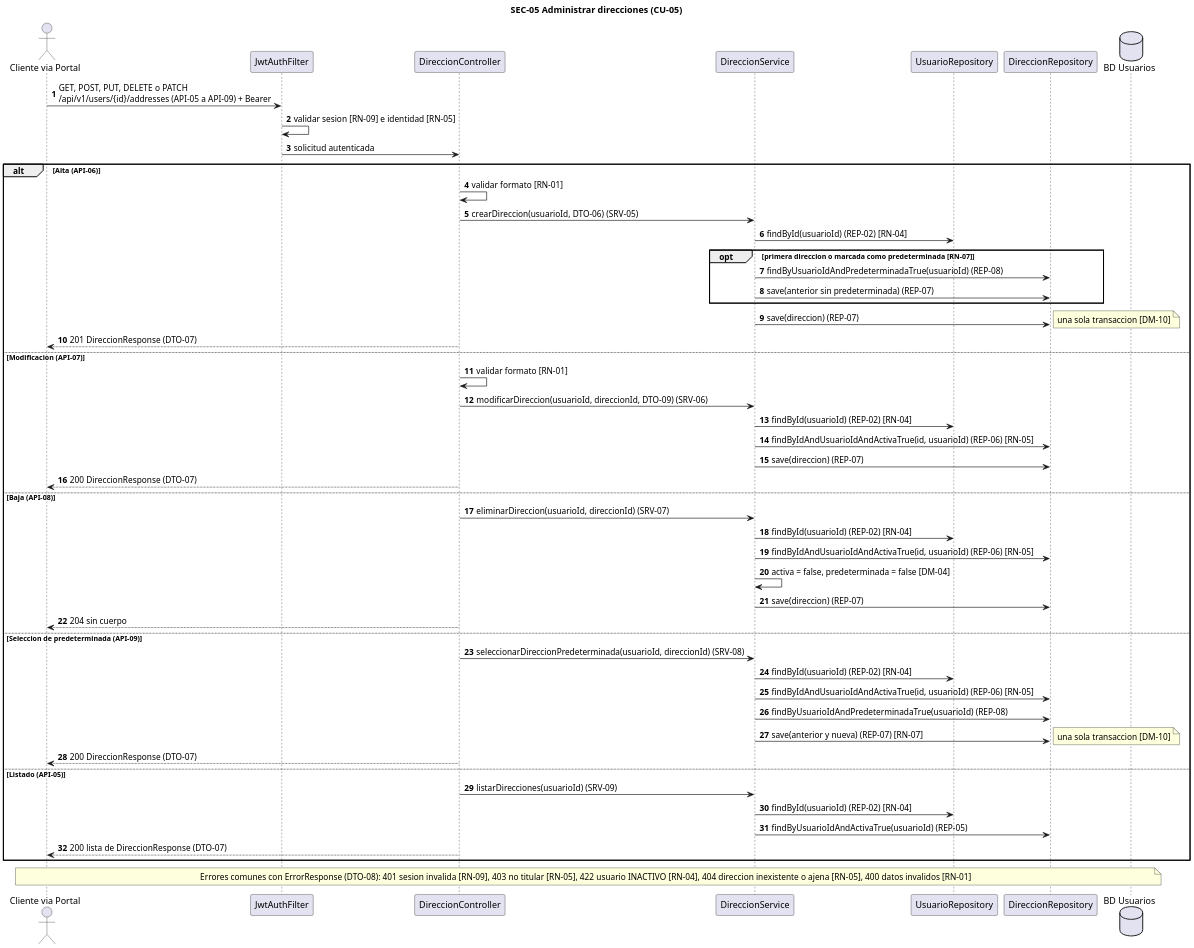
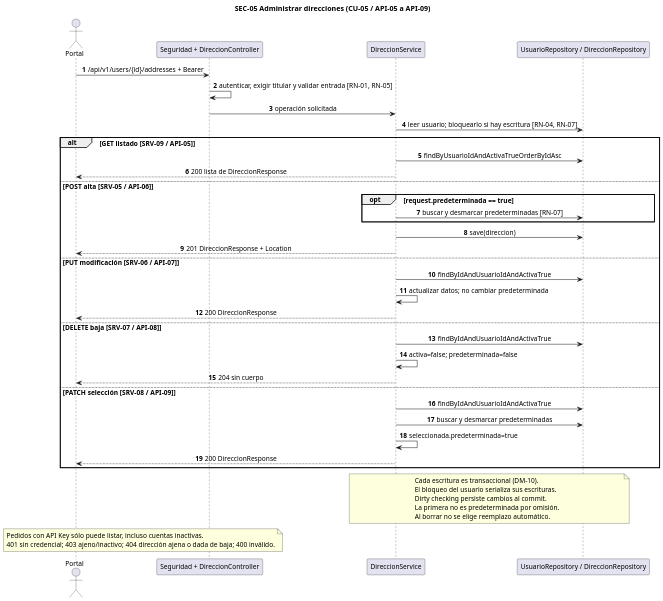
The diagram in doc/Diagramas/SEC-05.puml (CarlaGorgal2002/deliverygo-usuarios-auth), drawn with PlantUML before and after one commit. The commit also changed 50 other files, not shown here.

Commit message:
docs: completar entrega con Postman, diagramas e integraciones verificadas

```diff
--- a/doc/Diagramas/SEC-05.puml
+++ b/doc/Diagramas/SEC-05.puml
@@ -1,55 +1,42 @@
 @startuml SEC-05
-skinparam dpi 170
-title SEC-05 Administrar direcciones (CU-05)
+skinparam dpi 135
+skinparam shadowing false
+skinparam defaultFontName Arial
+skinparam defaultFontSize 13
+skinparam sequenceMessageAlign center
+title SEC-05 Administrar direcciones (CU-05 / API-05 a API-09)
 autonumber
-actor "Cliente via Portal" as Cliente
-participant "JwtAuthFilter" as Sec
-participant "DireccionController" as Ctrl
-participant "DireccionService" as Srv
-participant "UsuarioRepository" as RepU
-participant "DireccionRepository" as RepD
-database "BD Usuarios" as BD
-Cliente -> Sec : GET, POST, PUT, DELETE o PATCH\n/api/v1/users/{id}/addresses (API-05 a API-09) + Bearer
-Sec -> Sec : validar sesion [RN-09] e identidad [RN-05]
-Sec -> Ctrl : solicitud autenticada
-alt Alta (API-06)
-  Ctrl -> Ctrl : validar formato [RN-01]
-  Ctrl -> Srv : crearDireccion(usuarioId, DTO-06) (SRV-05)
-  Srv -> RepU : findById(usuarioId) (REP-02) [RN-04]
-  opt primera direccion o marcada como predeterminada [RN-07]
-    Srv -> RepD : findByUsuarioIdAndPredeterminadaTrue(usuarioId) (REP-08)
-    Srv -> RepD : save(anterior sin predeterminada) (REP-07)
-  end
-  Srv -> RepD : save(direccion) (REP-07)
-  note right : una sola transaccion [DM-10]
-  Ctrl --> Cliente : 201 DireccionResponse (DTO-07)
-else Modificacion (API-07)
-  Ctrl -> Ctrl : validar formato [RN-01]
-  Ctrl -> Srv : modificarDireccion(usuarioId, direccionId, DTO-09) (SRV-06)
-  Srv -> RepU : findById(usuarioId) (REP-02) [RN-04]
-  Srv -> RepD : findByIdAndUsuarioIdAndActivaTrue(id, usuarioId) (REP-06) [RN-05]
-  Srv -> RepD : save(direccion) (REP-07)
-  Ctrl --> Cliente : 200 DireccionResponse (DTO-07)
-else Baja (API-08)
-  Ctrl -> Srv : eliminarDireccion(usuarioId, direccionId) (SRV-07)
-  Srv -> RepU : findById(usuarioId) (REP-02) [RN-04]
-  Srv -> RepD : findByIdAndUsuarioIdAndActivaTrue(id, usuarioId) (REP-06) [RN-05]
-  Srv -> Srv : activa = false, predeterminada = false [DM-04]
-  Srv -> RepD : save(direccion) (REP-07)
-  Ctrl --> Cliente : 204 sin cuerpo
-else Seleccion de predeterminada (API-09)
-  Ctrl -> Srv : seleccionarDireccionPredeterminada(usuarioId, direccionId) (SRV-08)
-  Srv -> RepU : findById(usuarioId) (REP-02) [RN-04]
-  Srv -> RepD : findByIdAndUsuarioIdAndActivaTrue(id, usuarioId) (REP-06) [RN-05]
-  Srv -> RepD : findByUsuarioIdAndPredeterminadaTrue(usuarioId) (REP-08)
-  Srv -> RepD : save(anterior y nueva) (REP-07) [RN-07]
-  note right : una sola transaccion [DM-10]
-  Ctrl --> Cliente : 200 DireccionResponse (DTO-07)
-else Listado (API-05)
-  Ctrl -> Srv : listarDirecciones(usuarioId) (SRV-09)
-  Srv -> RepU : findById(usuarioId) (REP-02) [RN-04]
-  Srv -> RepD : findByUsuarioIdAndActivaTrue(usuarioId) (REP-05)
-  Ctrl --> Cliente : 200 lista de DireccionResponse (DTO-07)
+actor Portal
+participant "Seguridad + DireccionController" as C
+participant DireccionService as S
+participant "UsuarioRepository / DireccionRepository" as R
+Portal -> C : /api/v1/users/{id}/addresses + Bearer
+C -> C : autenticar, exigir titular y validar entrada [RN-01, RN-05]
+C -> S : operación solicitada
+S -> R : leer usuario; bloquearlo si hay escritura [RN-04, RN-07]
+alt GET listado [SRV-09 / API-05]
+ S -> R : findByUsuarioIdAndActivaTrueOrderByIdAsc
+ S --> Portal : 200 lista de DireccionResponse
+else POST alta [SRV-05 / API-06]
+ opt request.predeterminada == true
+  S -> R : buscar y desmarcar predeterminadas [RN-07]
+ end
+ S -> R : save(direccion)
+ S --> Portal : 201 DireccionResponse + Location
+else PUT modificación [SRV-06 / API-07]
+ S -> R : findByIdAndUsuarioIdAndActivaTrue
+ S -> S : actualizar datos; no cambiar predeterminada
+ S --> Portal : 200 DireccionResponse
+else DELETE baja [SRV-07 / API-08]
+ S -> R : findByIdAndUsuarioIdAndActivaTrue
+ S -> S : activa=false; predeterminada=false
+ S --> Portal : 204 sin cuerpo
+else PATCH selección [SRV-08 / API-09]
+ S -> R : findByIdAndUsuarioIdAndActivaTrue
+ S -> R : buscar y desmarcar predeterminadas
+ S -> S : seleccionada.predeterminada=true
+ S --> Portal : 200 DireccionResponse
 end
-note over Cliente, BD : Errores comunes con ErrorResponse (DTO-08): 401 sesion invalida [RN-09], 403 no titular [RN-05], 422 usuario INACTIVO [RN-04], 404 direccion inexistente o ajena [RN-05], 400 datos invalidos [RN-01]
+note over S,R : Cada escritura es transaccional (DM-10).\nEl bloqueo del usuario serializa sus escrituras.\nDirty checking persiste cambios al commit.\nLa primera no es predeterminada por omisión.\nAl borrar no se elige reemplazo automático.
+note over Portal,C : Pedidos con API Key sólo puede listar, incluso cuentas inactivas.\n401 sin credencial; 403 ajeno/inactivo; 404 dirección ajena o dada de baja; 400 inválido.
 @enduml
```
